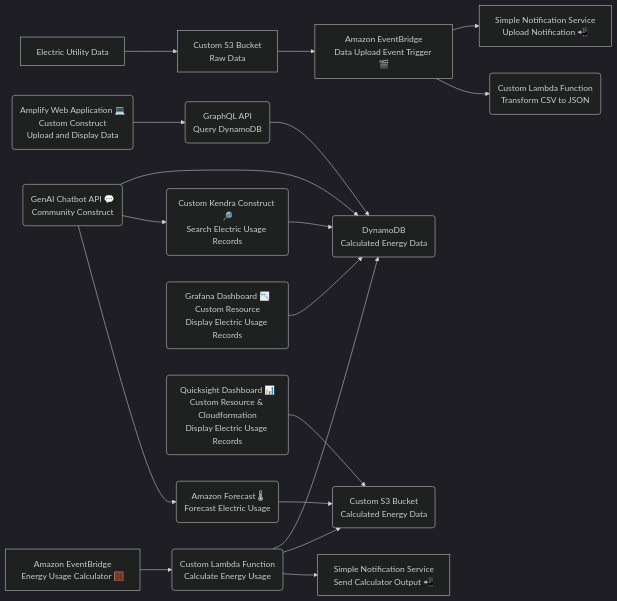
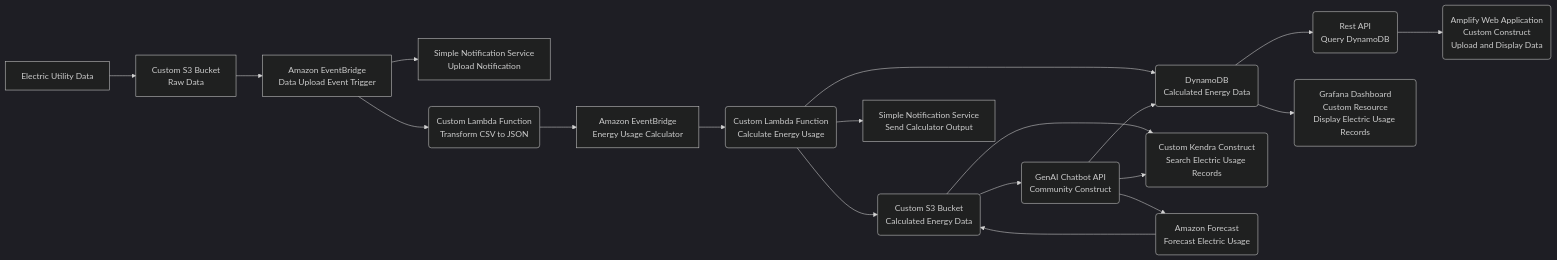
One commit to hands-on-aws-cdk-book/hands-on-aws-cdk-book-projects changed the diagram in README.md. Above: the diagram before and after it, drawn with Mermaid.

Commit message:
Update flow for mermaid diagram.

````diff
--- a/README.md
+++ b/README.md
@@ -9,66 +9,66 @@
 ```mermaid
 
 %%{
   init: {
     "theme": "dark",
     "scale": "2"
   }
 }%%
 
 flowchart LR
 
 InputData[Electric Utility Data]-->
 inputS3[Custom S3 Bucket<br/>Raw Data]
 
 inputS3-->
-EventBridge1[Amazon EventBridge<br/>Data Upload Event Trigger 🎬]
+EventBridge1[Amazon EventBridge<br/>Data Upload Event Trigger]
 
 EventBridge1-->
-SNS1[Simple Notification Service<br/>Upload Notification 📲]
+SNS1[Simple Notification Service<br/>Upload Notification]
 
 EventBridge1-->
 Lambda1(Custom Lambda Function<br/>Transform CSV to JSON)
 
-Lambda1
-EventBridge2[Amazon EventBridge<br/>Energy Usage Calculator 🧮]
+Lambda1 -->
+EventBridge2[Amazon EventBridge<br/>Energy Usage Calculator]
 
 EventBridge2-->
 Lambda2(Custom Lambda Function<br/>Calculate Energy Usage)
 
 Lambda2-->
 DynamoDBTable(DynamoDB<br/>Calculated Energy Data)
 
 Lambda2-->
 analyticsS3(Custom S3 Bucket<br/>Calculated Energy Data)
 
 Lambda2-->
-SNS2[Simple Notification Service<br/>Send Calculator Output 📲]
+SNS2[Simple Notification Service<br/>Send Calculator Output]
 
-GraphQLAPI(GraphQL API<br/>Query DynamoDB)-->
-DynamoDBTable
+DynamoDBTable -->
+api(Rest API<br/>Query DynamoDB)
 
-KendraSearch(Custom Kendra Construct 🔎<br/>Search Electric Usage Records)-->
-DynamoDBTable
+api -->
+Amplify(Amplify Web Application<br/>Custom Construct<br/>Upload and Display Data)
 
-GrafanaDashboard(Grafana Dashboard 📉<br/>Custom Resource<br/>Display Electric Usage Records)-->
-DynamoDBTable
+analyticsS3 -->
+KendraSearch(Custom Kendra Construct<br/>Search Electric Usage Records)
 
-Amplify(Amplify Web Application 💻<br/>Custom Construct<br/>Upload and Display Data)-->
-GraphQLAPI
+DynamoDBTable -->
+GrafanaDashboard(Grafana Dashboard<br/>Custom Resource<br/>Display Electric Usage Records)
 
-Quicksight(Quicksight Dashboard 📊<br/>Custom Resource & Cloudformation<br/>Display Electric Usage Records)-->
+ForecastStack(Amazon Forecast<br/>Forecast Electric Usage)-->
 analyticsS3
 
-ForecastStack(Amazon Forecast 🌡<br/>Forecast Electric Usage)-->
-analyticsS3
+analyticsS3 -->
+GenAIChatInterface(GenAI Chatbot API<br/>Community Construct)
 
-GenAIChatInterface(GenAI Chatbot API 💬<br/>Community Construct)-->
+GenAIChatInterface-->
 DynamoDBTable
 
 GenAIChatInterface-->
 KendraSearch
 
 GenAIChatInterface-->
 ForecastStack
 
 ```
````
